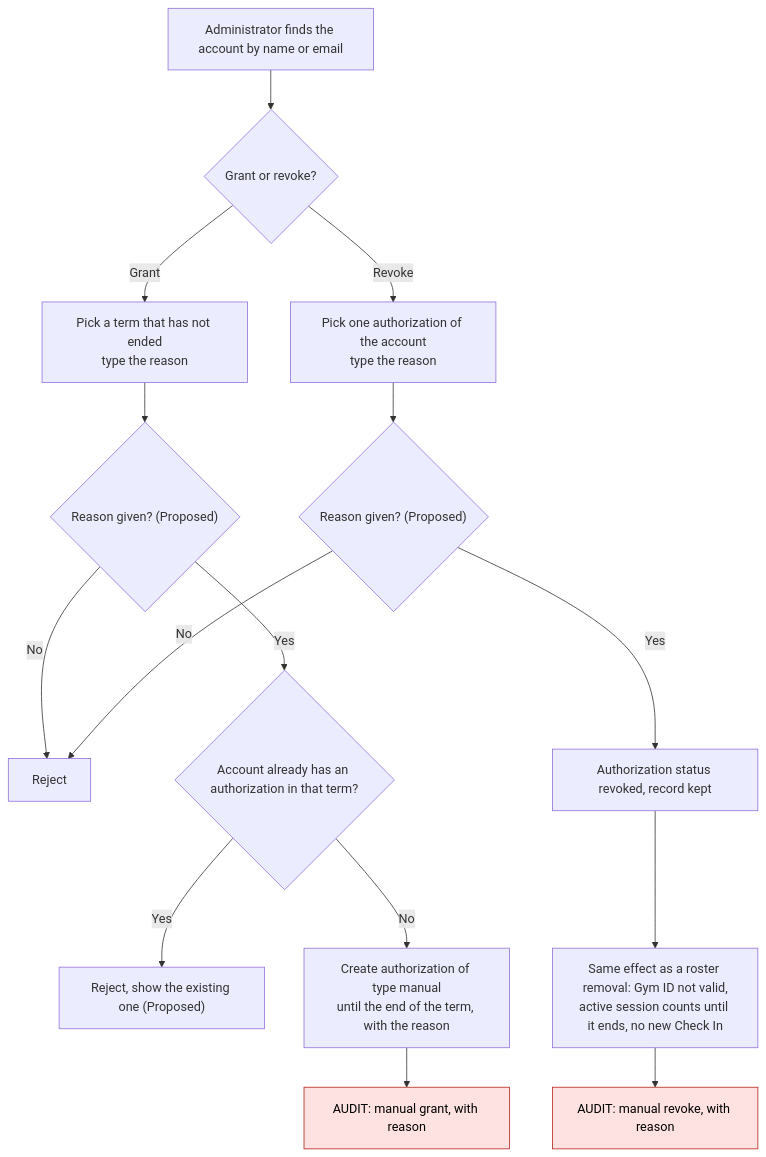
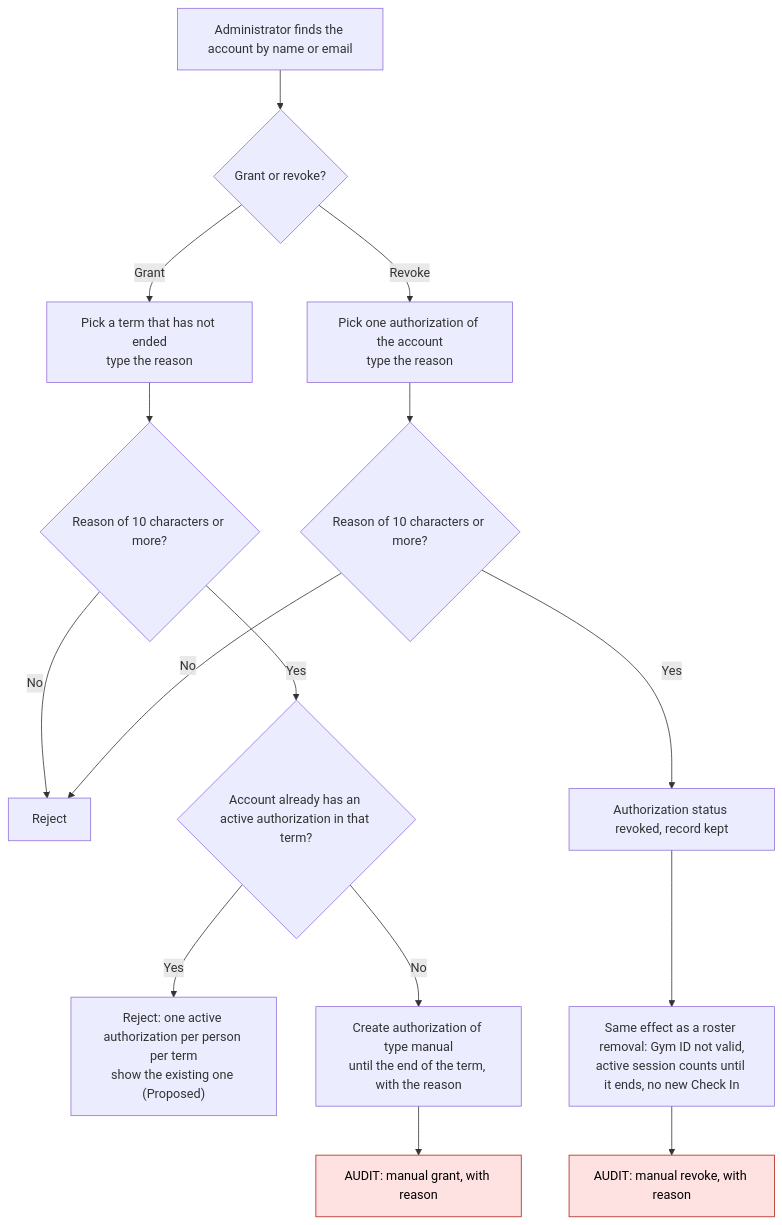
Diagram 12 of 17 in docs/design/admin-flows.md (Th3-Minorities/natatorio-gym-app), drawn with Mermaid before and after one commit. The commit also changed other lines of this file, not shown here.

Commit message:
Apply the design review decisions to the administration flows

````diff
--- a/docs/design/admin-flows.md
+++ b/docs/design/admin-flows.md
@@ -333,20 +361,20 @@
 ```mermaid
 flowchart TD
   G0["Administrator finds the account by name or email"] --> G1{"Grant or revoke?"}
   G1 -->|"Grant"| G2["Pick a term that has not ended<br/>type the reason"]
-  G2 --> G3{"Reason given? (Proposed)"}
+  G2 --> G3{"Reason of 10 characters or more?"}
   G3 -->|"No"| G4["Reject"]
-  G3 -->|"Yes"| G5{"Account already has an authorization in that term?"}
-  G5 -->|"Yes"| G6["Reject, show the existing one (Proposed)"]
+  G3 -->|"Yes"| G5{"Account already has an active authorization in that term?"}
+  G5 -->|"Yes"| G6["Reject: one active authorization per person per term<br/>show the existing one (Proposed)"]
   G5 -->|"No"| G7["Create authorization of type manual<br/>until the end of the term, with the reason"]
   G7 --> G8["AUDIT: manual grant, with reason"]
   G1 -->|"Revoke"| K1["Pick one authorization of the account<br/>type the reason"]
-  K1 --> K2{"Reason given? (Proposed)"}
+  K1 --> K2{"Reason of 10 characters or more?"}
   K2 -->|"No"| G4
   K2 -->|"Yes"| K3["Authorization status revoked, record kept"]
   K3 --> K4["Same effect as a roster removal: Gym ID not valid,<br/>active session counts until it ends, no new Check In"]
   K4 --> K5["AUDIT: manual revoke, with reason"]
 
   classDef audit fill:#fde2e1,stroke:#b42318,color:#000
   class G8,K5 audit
 ```
````
